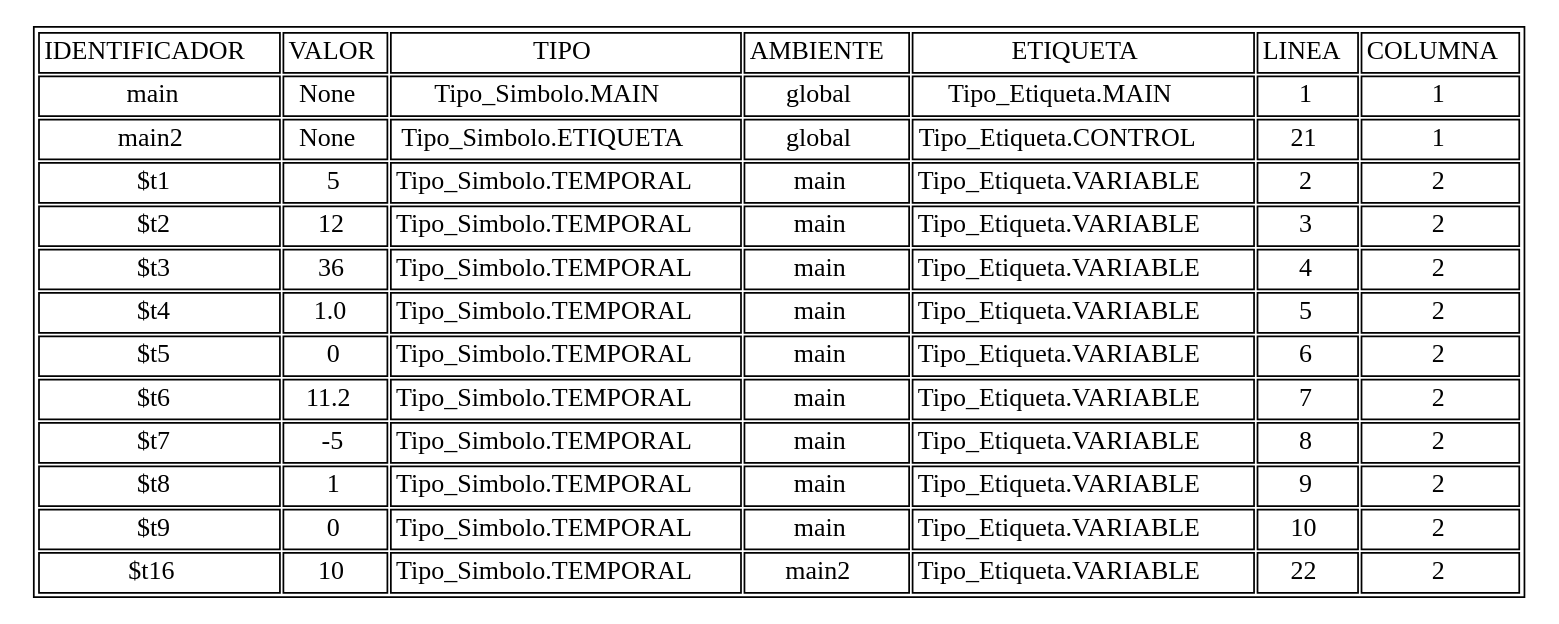
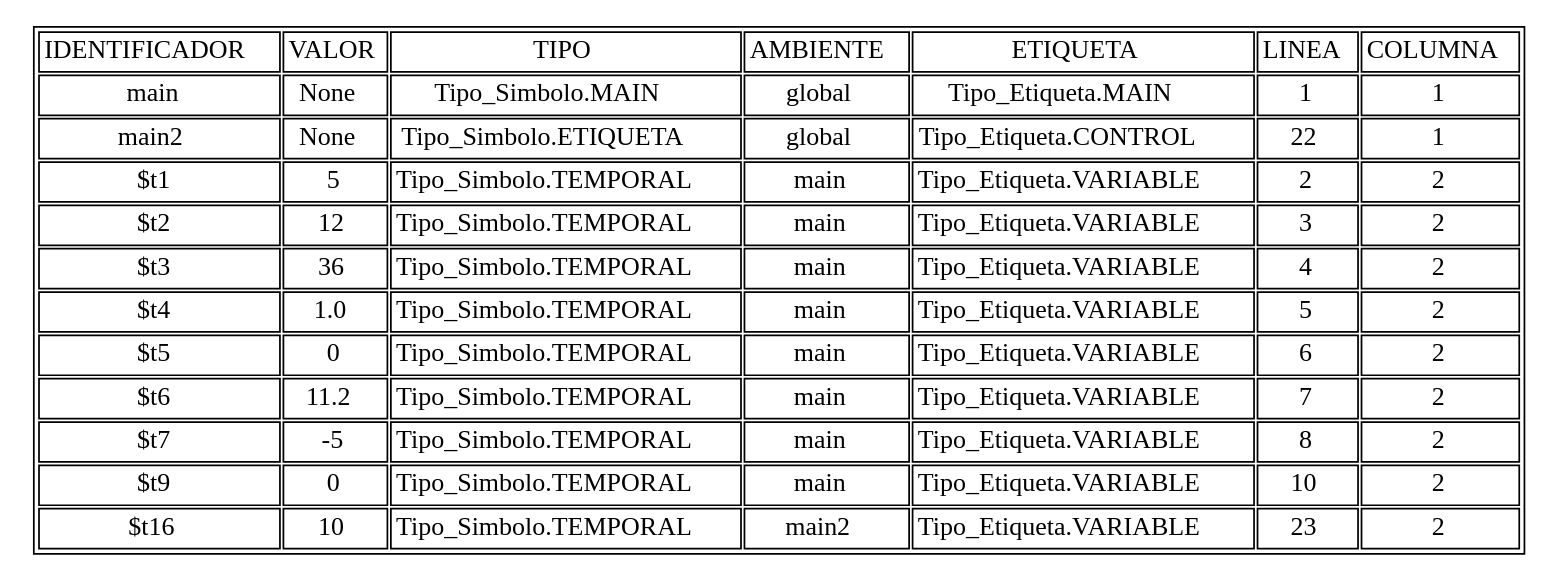
One commit to AndreeAvalos/OLC2-AUGUS changed the diagram in tablasimbolos.dot. Above: the diagram before and after it, drawn with Graphviz. The commit also changed 8 other files, not shown here.

```diff
--- a/tablasimbolos.dot
+++ b/tablasimbolos.dot
@@ -1,20 +1,19 @@
 digraph tabla{
 graph [ratio=fill];node [label="\N", fontsize=15, shape=plaintext];
 graph [bb="0,0,352,154"];
 arset [label=<<TABLE ALIGN="LEFT">
 <TR><TD>IDENTIFICADOR</TD><TD>VALOR</TD><TD>TIPO</TD><TD>AMBIENTE</TD><TD>ETIQUETA</TD><TD>LINEA</TD><TD>COLUMNA</TD></TR>
 <TR><TD>main</TD><TD>None</TD><TD>Tipo_Simbolo.MAIN</TD><TD>global</TD><TD>Tipo_Etiqueta.MAIN</TD><TD>1</TD><TD>1</TD></TR>
-<TR><TD>main2</TD><TD>None</TD><TD>Tipo_Simbolo.ETIQUETA</TD><TD>global</TD><TD>Tipo_Etiqueta.CONTROL</TD><TD>21</TD><TD>1</TD></TR>
+<TR><TD>main2</TD><TD>None</TD><TD>Tipo_Simbolo.ETIQUETA</TD><TD>global</TD><TD>Tipo_Etiqueta.CONTROL</TD><TD>22</TD><TD>1</TD></TR>
 <TR><TD>$t1</TD><TD>5</TD><TD>Tipo_Simbolo.TEMPORAL</TD><TD>main</TD><TD>Tipo_Etiqueta.VARIABLE</TD><TD>2</TD><TD>2</TD></TR>
 <TR><TD>$t2</TD><TD>12</TD><TD>Tipo_Simbolo.TEMPORAL</TD><TD>main</TD><TD>Tipo_Etiqueta.VARIABLE</TD><TD>3</TD><TD>2</TD></TR>
 <TR><TD>$t3</TD><TD>36</TD><TD>Tipo_Simbolo.TEMPORAL</TD><TD>main</TD><TD>Tipo_Etiqueta.VARIABLE</TD><TD>4</TD><TD>2</TD></TR>
 <TR><TD>$t4</TD><TD>1.0</TD><TD>Tipo_Simbolo.TEMPORAL</TD><TD>main</TD><TD>Tipo_Etiqueta.VARIABLE</TD><TD>5</TD><TD>2</TD></TR>
 <TR><TD>$t5</TD><TD>0</TD><TD>Tipo_Simbolo.TEMPORAL</TD><TD>main</TD><TD>Tipo_Etiqueta.VARIABLE</TD><TD>6</TD><TD>2</TD></TR>
 <TR><TD>$t6</TD><TD>11.2</TD><TD>Tipo_Simbolo.TEMPORAL</TD><TD>main</TD><TD>Tipo_Etiqueta.VARIABLE</TD><TD>7</TD><TD>2</TD></TR>
 <TR><TD>$t7</TD><TD>-5</TD><TD>Tipo_Simbolo.TEMPORAL</TD><TD>main</TD><TD>Tipo_Etiqueta.VARIABLE</TD><TD>8</TD><TD>2</TD></TR>
-<TR><TD>$t8</TD><TD>1</TD><TD>Tipo_Simbolo.TEMPORAL</TD><TD>main</TD><TD>Tipo_Etiqueta.VARIABLE</TD><TD>9</TD><TD>2</TD></TR>
 <TR><TD>$t9</TD><TD>0</TD><TD>Tipo_Simbolo.TEMPORAL</TD><TD>main</TD><TD>Tipo_Etiqueta.VARIABLE</TD><TD>10</TD><TD>2</TD></TR>
-<TR><TD>$t16</TD><TD>10</TD><TD>Tipo_Simbolo.TEMPORAL</TD><TD>main2</TD><TD>Tipo_Etiqueta.VARIABLE</TD><TD>22</TD><TD>2</TD></TR>
+<TR><TD>$t16</TD><TD>10</TD><TD>Tipo_Simbolo.TEMPORAL</TD><TD>main2</TD><TD>Tipo_Etiqueta.VARIABLE</TD><TD>23</TD><TD>2</TD></TR>
 </TABLE>
 >, ];
 }
```
